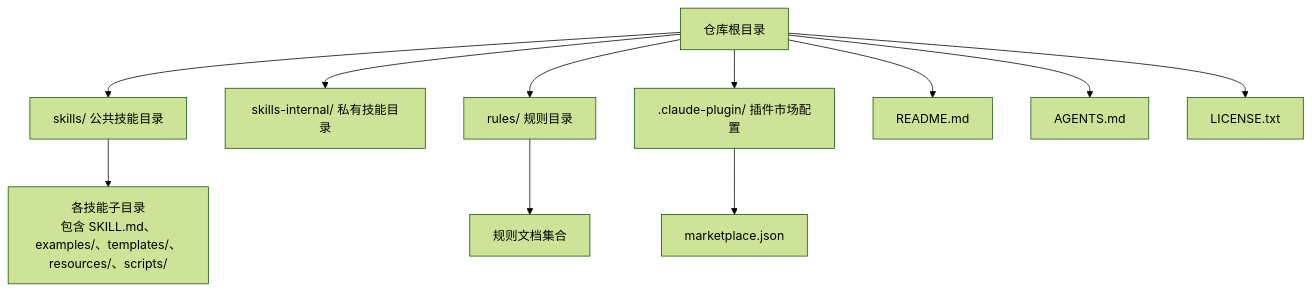
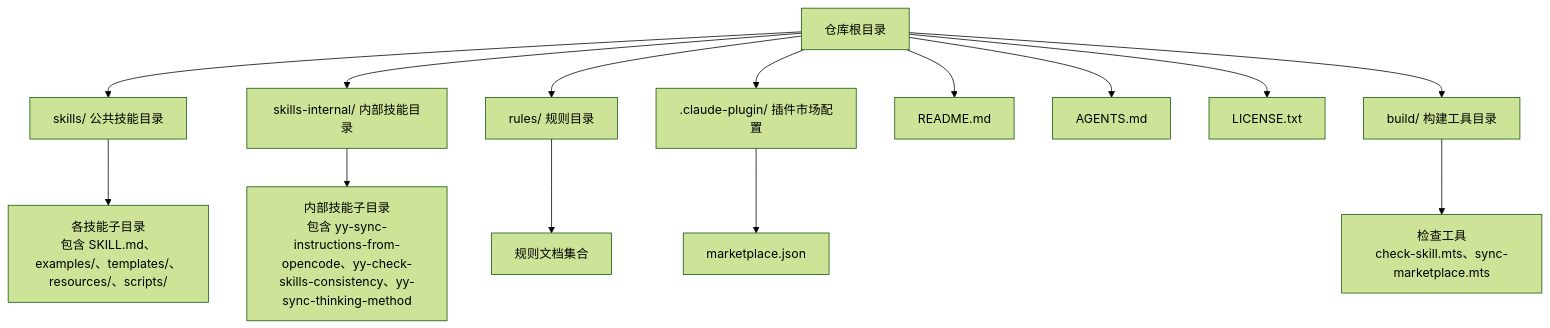
One commit to bulls-cows/skills changed the first of 9 diagrams in .qoder/repowiki/zh/content/技能系统/技能系统.md. Above: the diagram before and after it, drawn with Mermaid (forest theme). The commit also changed other lines of this file and 3 other files, not shown here.

````diff
--- a/.qoder/repowiki/zh/content/技能系统/技能系统.md
+++ b/.qoder/repowiki/zh/content/技能系统/技能系统.md
@@ -38,21 +56,25 @@
 ```mermaid
 graph TB
 root["仓库根目录"]
 skills["skills/ 公共技能目录"]
-internal["skills-internal/ 私有技能目录"]
+internal["skills-internal/ 内部技能目录"]
 rules["rules/ 规则目录"]
 plugin[".claude-plugin/ 插件市场配置"]
 readme["README.md"]
 agents["AGENTS.md"]
 license["LICENSE.txt"]
+build["build/ 构建工具目录"]
 root --> skills
 root --> internal
 root --> rules
 root --> plugin
 root --> readme
 root --> agents
 root --> license
+root --> build
 skills --> skill_files["各技能子目录<br/>包含 SKILL.md、examples/、templates/、resources/、scripts/"]
+internal --> internal_files["内部技能子目录<br/>包含 yy-sync-instructions-from-opencode、yy-check-skills-consistency、yy-sync-thinking-method"]
 rules --> rule_docs["规则文档集合"]
 plugin --> marketplace["marketplace.json"]
+build --> tools["检查工具<br/>check-skill.mts、sync-marketplace.mts"]
 ```
````
